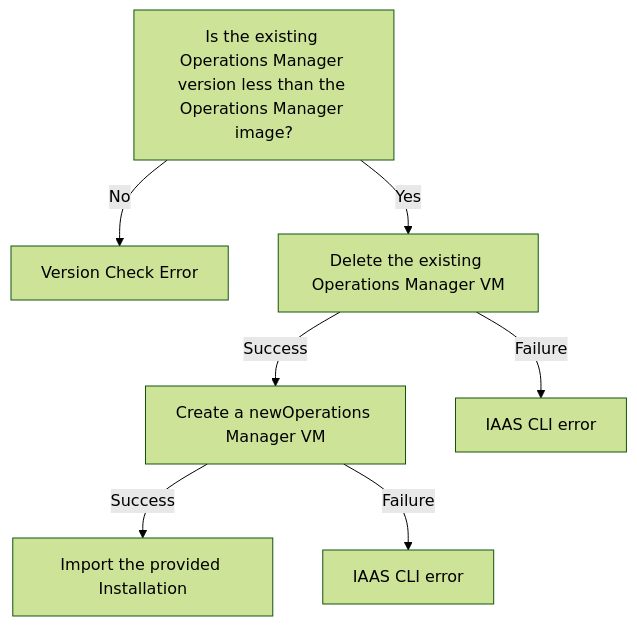
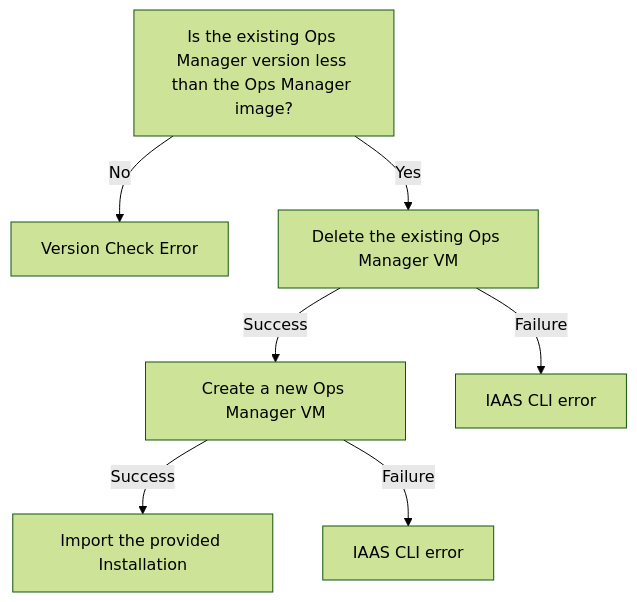
Before and after one commit to pivotal/docs-platform-automation: the diagram in docs/upgrade-flowchart.mmd, drawn with Mermaid (forest theme). The commit also changed 15 other files, not shown here.

```diff
--- a/docs/upgrade-flowchart.mmd
+++ b/docs/upgrade-flowchart.mmd
@@ -1,16 +1,16 @@
 <div class="mermaid">
 graph TD;
-  versionChk[Is the existing Operations Manager version less than the Operations Manager image?];
+  versionChk[Is the existing Ops Manager version less than the Ops Manager image?];
   versionError[Version Check Error];
-  delete[Delete the existing Operations Manager VM];
-  create[Create a newOperations Manager VM];
+  delete[Delete the existing Ops Manager VM];
+  create[Create a new Ops Manager VM];
   iaasErr[IAAS CLI error];
   import[Import the provided Installation];
   iaasErr2[IAAS CLI error];
   versionChk -- No --> versionError;
   versionChk -- Yes --> delete;
   delete -- Success --> create;
   delete -- Failure --> iaasErr;
   create -- Success --> import ;
   create -- Failure --> iaasErr2;
 </div>
```
